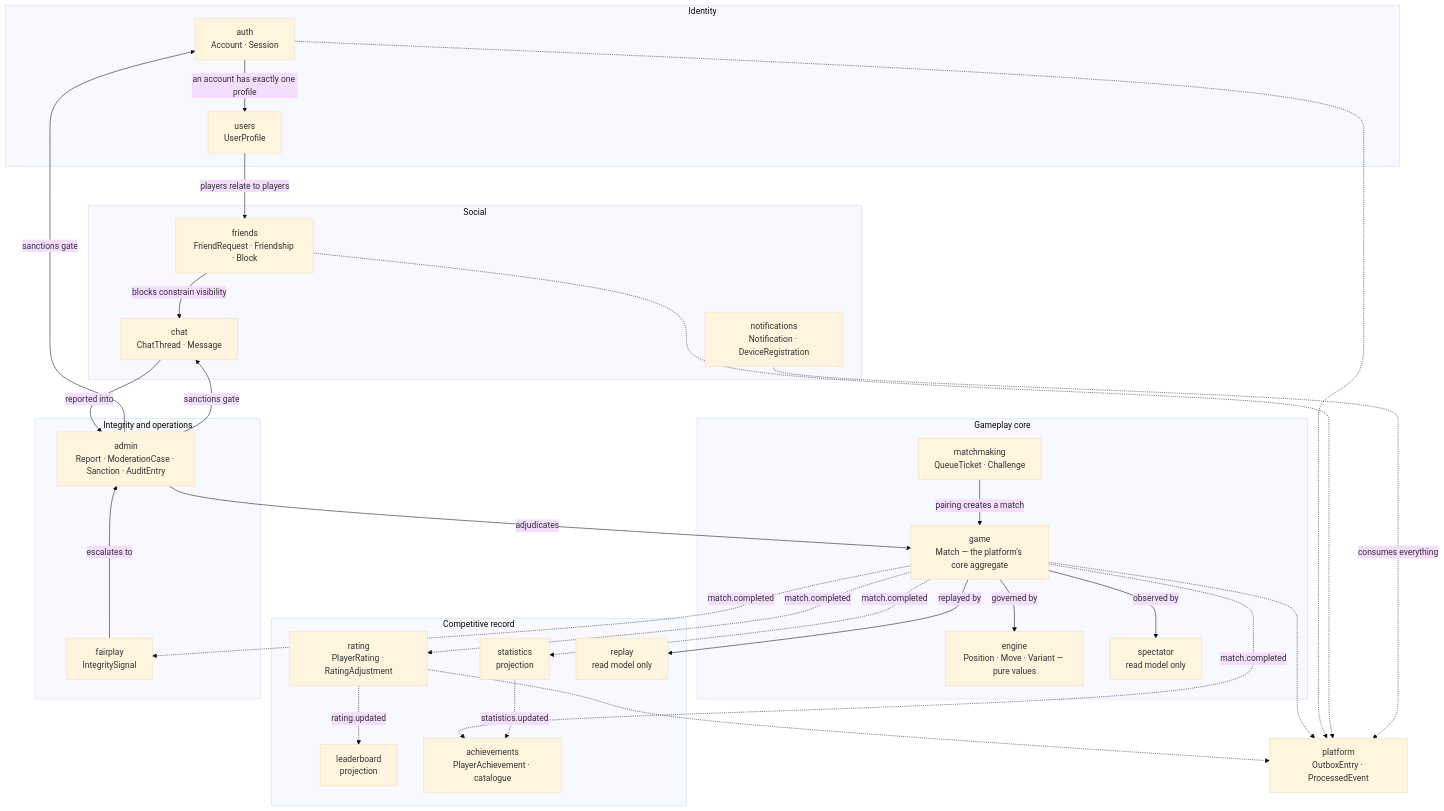
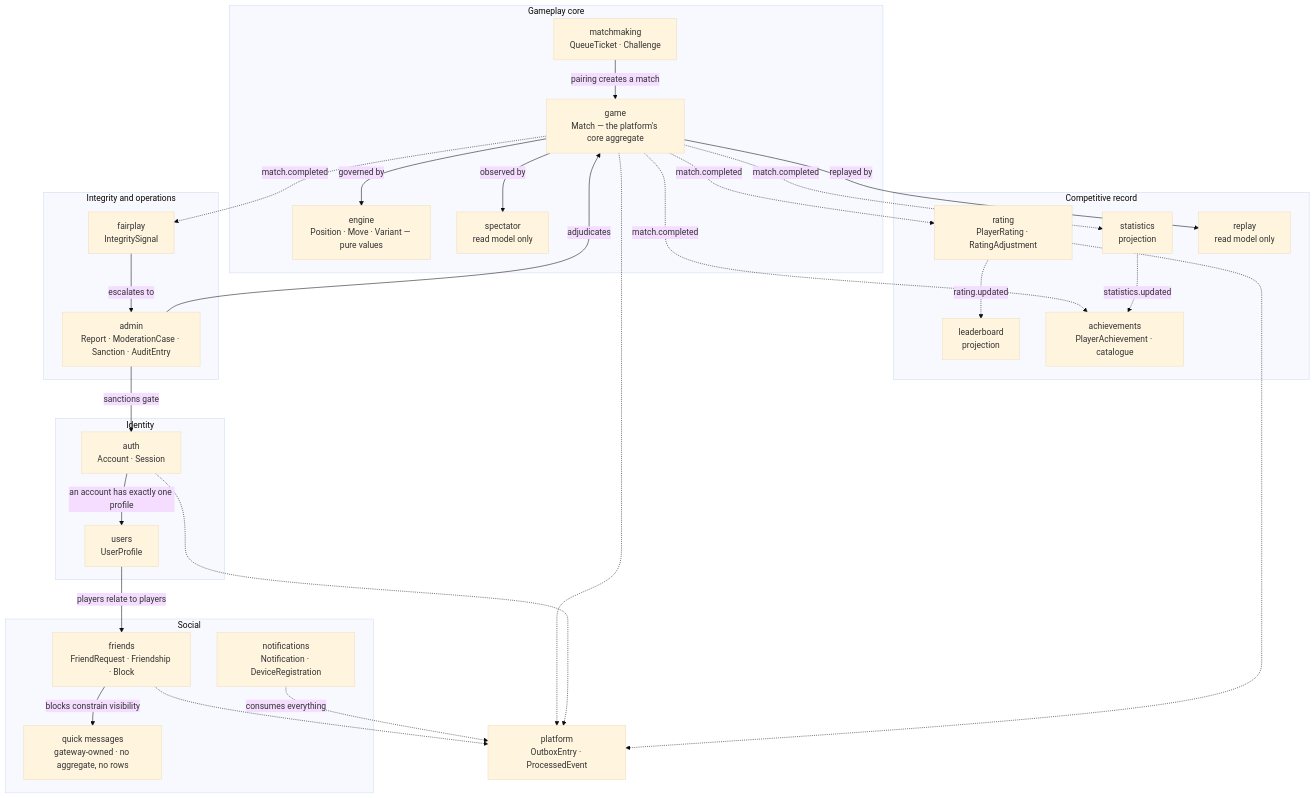
The first of 8 diagrams in docs/01-architecture/domain-model.md (shohruh-yuldashov/arena64), drawn with Mermaid (base theme) before and after one commit. The commit also changed other lines of this file and 12 other files, not shown here.

````diff
--- a/docs/01-architecture/domain-model.md
+++ b/docs/01-architecture/domain-model.md
@@ -166,59 +166,57 @@
 ```mermaid
 flowchart TB
     subgraph identity["Identity"]
         AUTH["auth<br/>Account · Session"]
         USERS["users<br/>UserProfile"]
     end
 
     subgraph social["Social"]
         FRIENDS["friends<br/>FriendRequest · Friendship · Block"]
-        CHAT["chat<br/>ChatThread · Message"]
+        QM["quick messages<br/>gateway-owned · no aggregate, no rows"]
         NOTIF["notifications<br/>Notification · DeviceRegistration"]
     end
 
     subgraph play["Gameplay core"]
         ENGINE["engine<br/>Position · Move · Variant — pure values"]
         GAME["game<br/>Match — the platform's core aggregate"]
         MM["matchmaking<br/>QueueTicket · Challenge"]
         SPEC["spectator<br/>read model only"]
     end
 
     subgraph comp["Competitive record"]
         RATE["rating<br/>PlayerRating · RatingAdjustment"]
         LEAD["leaderboard<br/>projection"]
         STAT["statistics<br/>projection"]
         ACH["achievements<br/>PlayerAchievement · catalogue"]
         REP["replay<br/>read model only"]
     end
 
     subgraph ops["Integrity and operations"]
         FAIR["fairplay<br/>IntegritySignal"]
         ADMIN["admin<br/>Report · ModerationCase · Sanction · AuditEntry"]
     end
 
     PLAT["platform<br/>OutboxEntry · ProcessedEvent"]
 
     AUTH -->|"an account has exactly one profile"| USERS
     USERS -->|"players relate to players"| FRIENDS
-    FRIENDS -->|"blocks constrain visibility"| CHAT
+    FRIENDS -->|"blocks constrain visibility"| QM
     MM -->|"pairing creates a match"| GAME
     GAME -->|"governed by"| ENGINE
     GAME -->|"observed by"| SPEC
     GAME -->|"replayed by"| REP
     GAME -.->|"match.completed"| RATE
     GAME -.->|"match.completed"| STAT
     GAME -.->|"match.completed"| FAIR
     GAME -.->|"match.completed"| ACH
     RATE -.->|"rating.updated"| LEAD
     STAT -.->|"statistics.updated"| ACH
     FAIR -->|"escalates to"| ADMIN
-    CHAT -->|"reported into"| ADMIN
     ADMIN -->|"sanctions gate"| AUTH
-    ADMIN -->|"sanctions gate"| CHAT
     ADMIN -->|"adjudicates"| GAME
     GAME -.-> PLAT
     AUTH -.-> PLAT
     FRIENDS -.-> PLAT
     RATE -.-> PLAT
     NOTIF -.->|"consumes everything"| PLAT
 ```
````
